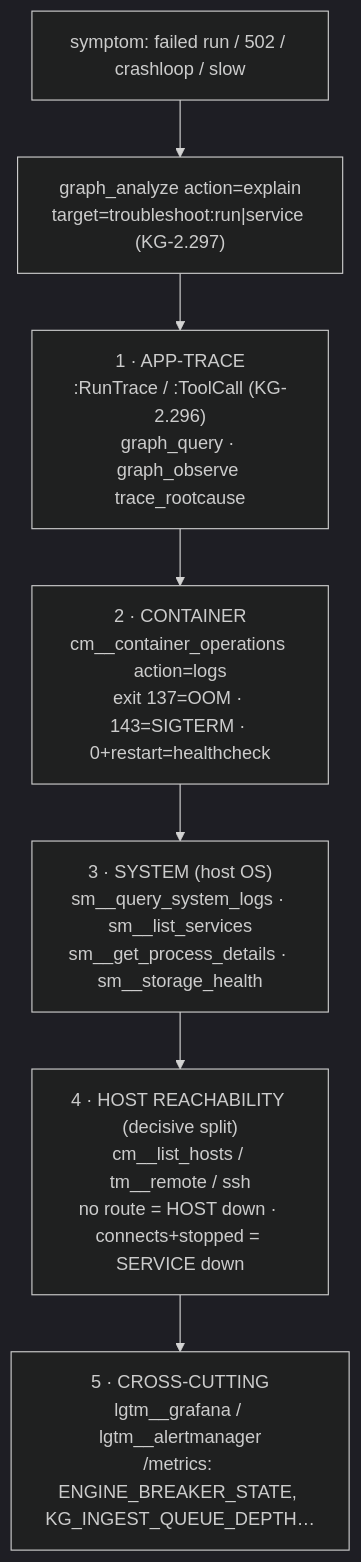
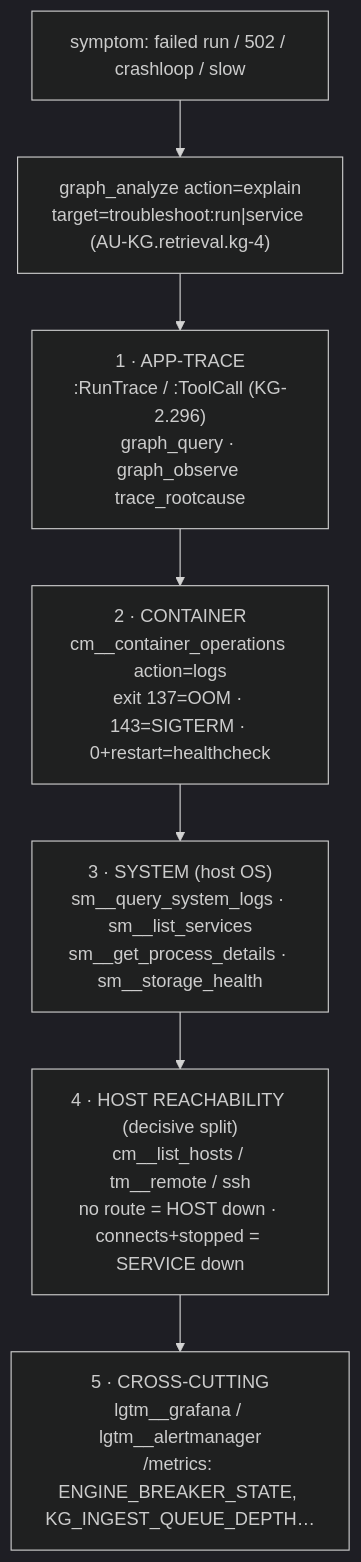
The diagram in docs/architecture/troubleshooting.md (Knuckles-Team/agent-utilities), drawn with Mermaid (dark theme) before and after one commit. The commit also changed other lines of this file and 2324 other files, not shown here.

````diff
--- a/docs/architecture/troubleshooting.md
+++ b/docs/architecture/troubleshooting.md
@@ -103,9 +103,9 @@
 ```mermaid
 flowchart TD
-    S["symptom: failed run / 502 / crashloop / slow"] --> D["graph_analyze action=explain<br/>target=troubleshoot:run|service (KG-2.297)"]
+    S["symptom: failed run / 502 / crashloop / slow"] --> D["graph_analyze action=explain<br/>target=troubleshoot:run|service (AU-KG.retrieval.kg-4)"]
     D --> L1["1 · APP-TRACE<br/>:RunTrace / :ToolCall (KG-2.296)<br/>graph_query · graph_observe trace_rootcause"]
     L1 --> L2["2 · CONTAINER<br/>cm__container_operations action=logs<br/>exit 137=OOM · 143=SIGTERM · 0+restart=healthcheck"]
     L2 --> L3["3 · SYSTEM (host OS)<br/>sm__query_system_logs · sm__list_services<br/>sm__get_process_details · sm__storage_health"]
     L3 --> L4["4 · HOST REACHABILITY (decisive split)<br/>cm__list_hosts / tm__remote / ssh<br/>no route = HOST down · connects+stopped = SERVICE down"]
     L4 --> L5["5 · CROSS-CUTTING<br/>lgtm__grafana / lgtm__alertmanager<br/>/metrics: ENGINE_BREAKER_STATE, KG_INGEST_QUEUE_DEPTH…"]
 ```
````
